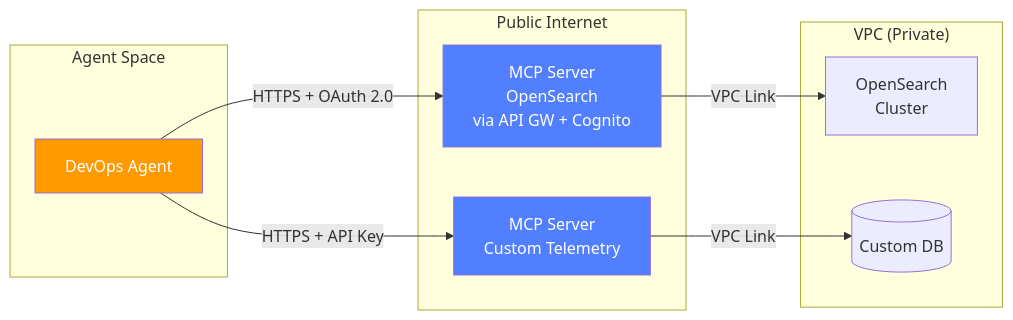
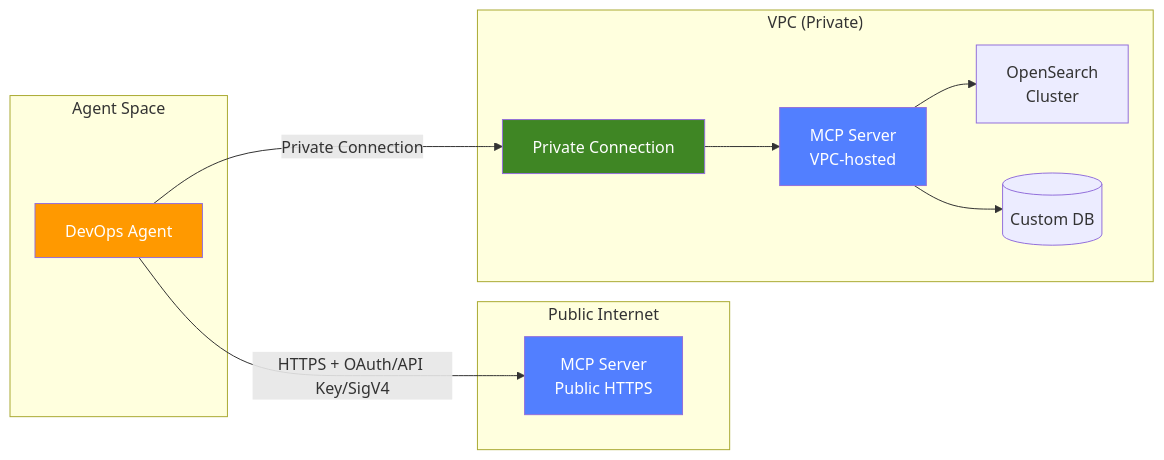
The third of 7 diagrams in README.md (zhwenhao-amzn/devops-agent-best-practices), drawn with Mermaid before and after one commit. The commit also changed other lines of this file and 2 other files, not shown here.

Commit message:
Fix MCP section: VPC-hosted supported via Private Connection, add SigV4 auth, add Streamable HTTP requirement

````diff
--- a/README.md
+++ b/README.md
@@ -119,25 +120,28 @@
 ```mermaid
 graph LR
     subgraph "Agent Space"
         DA[DevOps Agent]
     end
 
     subgraph "Public Internet"
-        MCP1[MCP Server<br/>OpenSearch<br/>via API GW + Cognito]
-        MCP2[MCP Server<br/>Custom Telemetry]
+        MCP1[MCP Server<br/>Public HTTPS]
     end
 
     subgraph "VPC (Private)"
+        PC[Private Connection]
+        MCP2[MCP Server<br/>VPC-hosted]
         OS[OpenSearch<br/>Cluster]
         DB[(Custom DB)]
     end
 
-    DA -->|HTTPS + OAuth 2.0| MCP1
-    DA -->|HTTPS + API Key| MCP2
-    MCP1 -->|VPC Link| OS
-    MCP2 -->|VPC Link| DB
+    DA -->|HTTPS + OAuth/API Key/SigV4| MCP1
+    DA -->|Private Connection| PC
+    PC --> MCP2
+    MCP2 --> OS
+    MCP2 --> DB
 
     style DA fill:#ff9900,color:#fff
     style MCP1 fill:#527fff,color:#fff
     style MCP2 fill:#527fff,color:#fff
+    style PC fill:#3f8624,color:#fff
 ```
````
